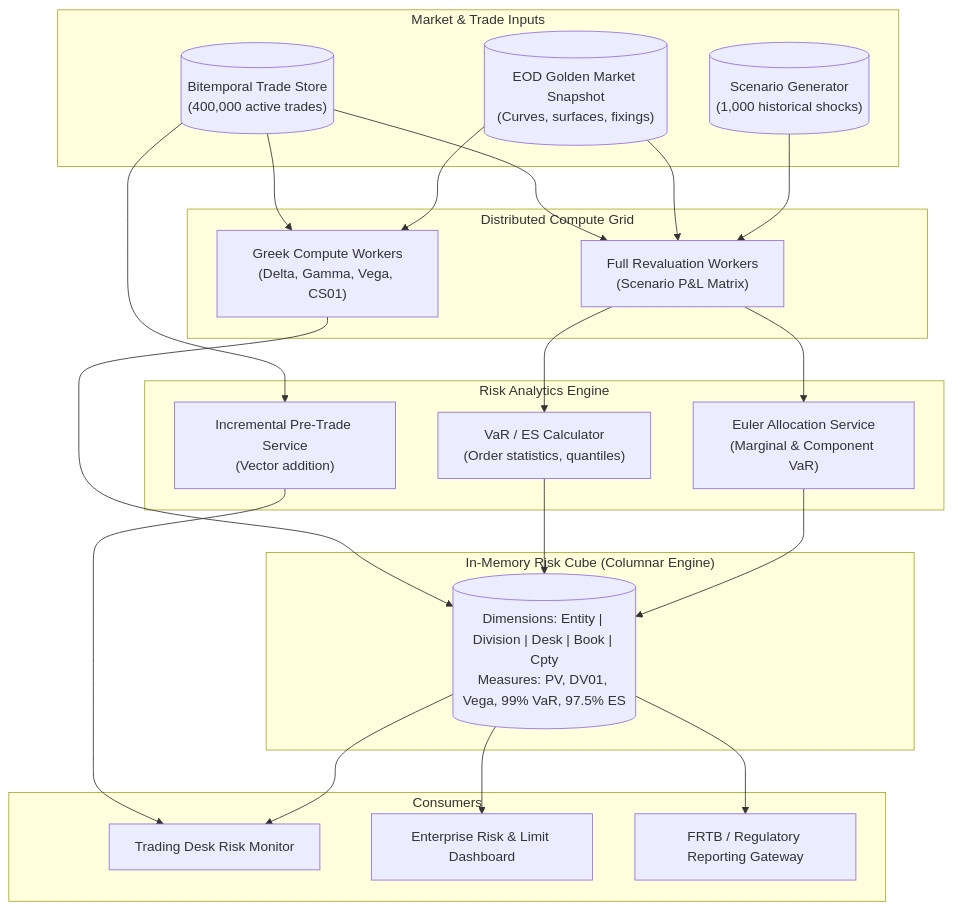
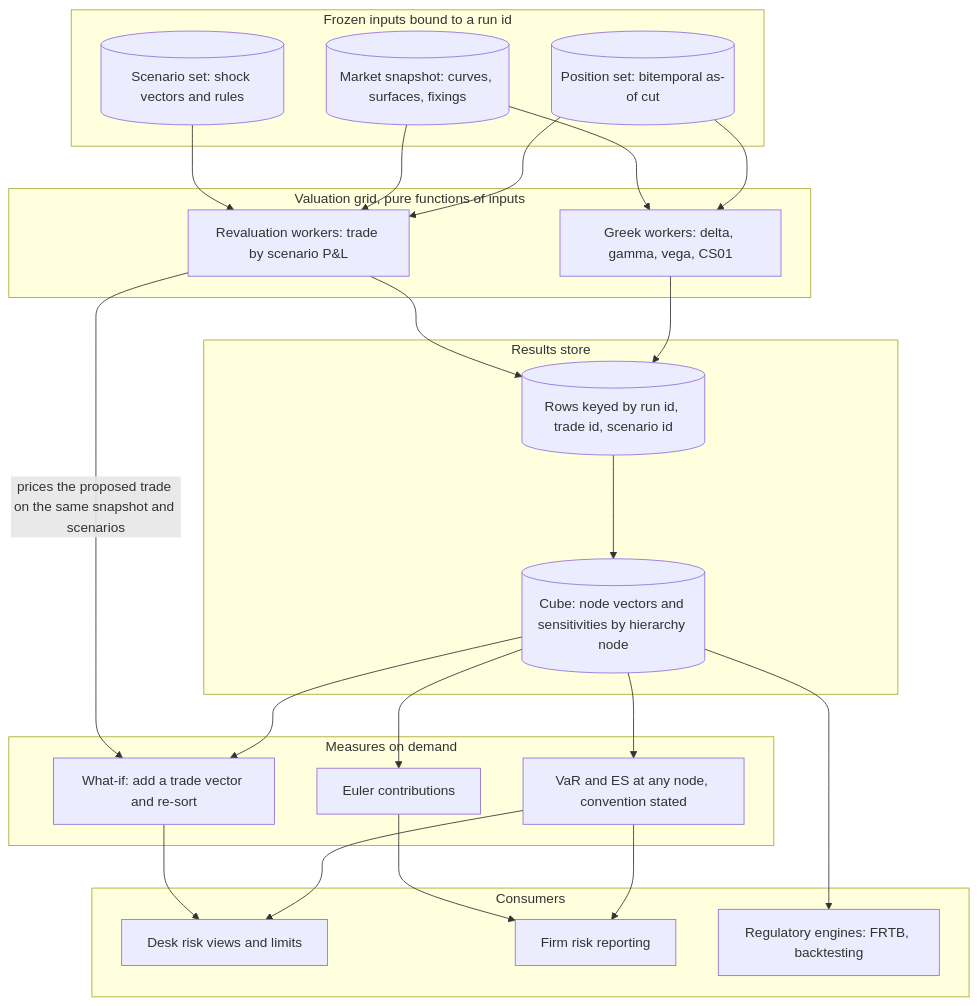
Before and after one commit to shreejitverma/The-Quant-Prep: the diagram in 18-Pricing-and-Risk-Systems/07-Risk-Engine.md, drawn with Mermaid. The commit also changed other lines of this file and 13 other files, not shown here.

````diff
--- a/18-Pricing-and-Risk-Systems/07-Risk-Engine.md
+++ b/18-Pricing-and-Risk-Systems/07-Risk-Engine.md
@@ -46,48 +54,43 @@
 ```mermaid
 flowchart TB
-    subgraph Inputs["Market & Trade Inputs"]
-        Trades[("Bitemporal Trade Store\n(400,000 active trades)")]
-        Scenarios[("Scenario Generator\n(1,000 historical shocks)")]
-        MarketSnap[("EOD Golden Market Snapshot\n(Curves, surfaces, fixings)")]
+    subgraph Inputs["Frozen inputs bound to a run id"]
+        Trades[("Position set: bitemporal as-of cut")]
+        MarketSnap[("Market snapshot: curves, surfaces, fixings")]
+        Scenarios[("Scenario set: shock vectors and rules")]
     end
-
-    subgraph Valuation["Distributed Compute Grid"]
-        SensWorker["Greek Compute Workers\n(Delta, Gamma, Vega, CS01)"]
-        RevalWorker["Full Revaluation Workers\n(Scenario P&L Matrix)"]
+    subgraph Grid["Valuation grid, pure functions of inputs"]
+        SensWorker["Greek workers: delta, gamma, vega, CS01"]
+        RevalWorker["Revaluation workers: trade by scenario P&L"]
     end
-
-    subgraph Analytics["Risk Analytics Engine"]
-        VaRCore["VaR / ES Calculator\n(Order statistics, quantiles)"]
-        EulerCore["Euler Allocation Service\n(Marginal & Component VaR)"]
-        WhatIfCore["Incremental Pre-Trade Service\n(Vector addition)"]
+    subgraph Store["Results store"]
+        TradeRows[("Rows keyed by run id, trade id, scenario id")]
+        Cube[("Cube: node vectors and sensitivities by hierarchy node")]
     end
-
-    subgraph OLAP["In-Memory Risk Cube (Columnar Engine)"]
-        Cube[("Dimensions: Entity | Division | Desk | Book | Cpty\nMeasures: PV, DV01, Vega, 99% VaR, 97.5% ES")]
+    subgraph Analytics["Measures on demand"]
+        VaRCore["VaR and ES at any node, convention stated"]
+        EulerCore["Euler contributions"]
+        WhatIfCore["What-if: add a trade vector and re-sort"]
     end
-
-    subgraph FrontEnds["Consumers"]
-        DeskUI["Trading Desk Risk Monitor"]
-        CRODash["Enterprise Risk & Limit Dashboard"]
-        RegExport["FRTB / Regulatory Reporting Gateway"]
+    subgraph Consumers["Consumers"]
+        DeskUI["Desk risk views and limits"]
+        CRODash["Firm risk reporting"]
+        RegExport["Regulatory engines: FRTB, backtesting"]
     end
-
     Trades --> SensWorker
     Trades --> RevalWorker
     MarketSnap --> SensWorker
     MarketSnap --> RevalWorker
     Scenarios --> RevalWorker
-
-    SensWorker --> Cube
-    RevalWorker --> VaRCore
-    RevalWorker --> EulerCore
-    Trades --> WhatIfCore
-
-    VaRCore --> Cube
-    EulerCore --> Cube
+    SensWorker --> TradeRows
+    RevalWorker --> TradeRows
+    TradeRows --> Cube
+    Cube --> VaRCore
+    Cube --> EulerCore
+    Cube --> WhatIfCore
+    RevalWorker -->|"prices the proposed trade on the same snapshot and scenarios"| WhatIfCore
+    VaRCore --> DeskUI
+    VaRCore --> CRODash
+    EulerCore --> CRODash
     WhatIfCore --> DeskUI
-
-    Cube --> DeskUI
-    Cube --> CRODash
     Cube --> RegExport
 ```
````
